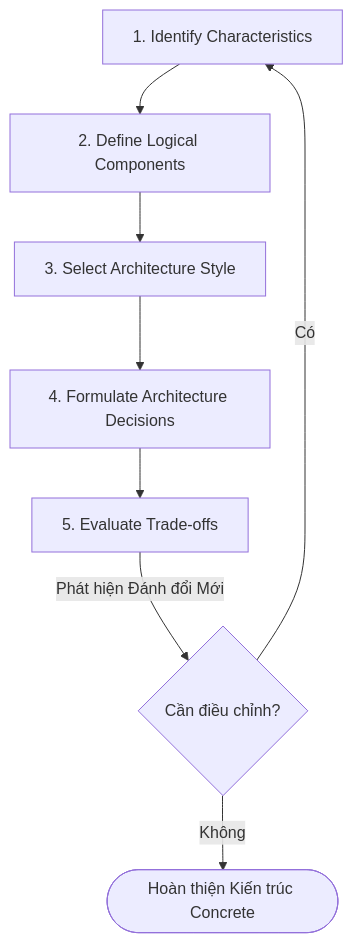
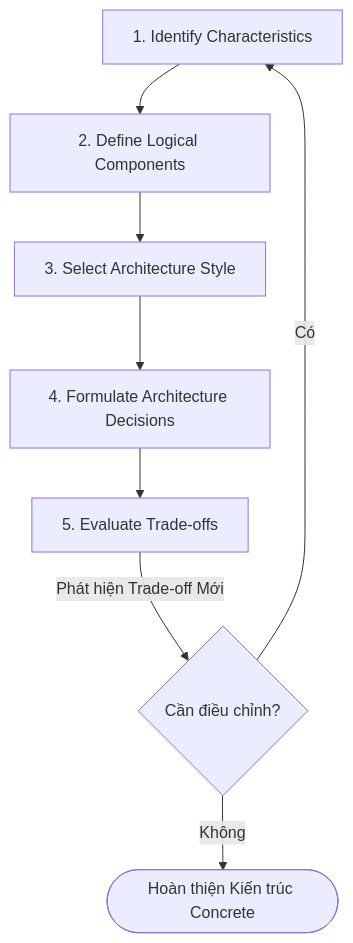
The eighth of 8 diagrams in release/software_architecture/00_fundamental/02_four_dimensions.md (MaiTheHao/docs), drawn with Mermaid before and after one commit. The commit also changed other lines of this file and 4 other files, not shown here.

````diff
--- a/release/software_architecture/00_fundamental/02_four_dimensions.md
+++ b/release/software_architecture/00_fundamental/02_four_dimensions.md
@@ -176,14 +174,14 @@
 ```mermaid
 graph TD
     accTitle: Quy trình Suy luận và Đánh giá Kiến trúc Vòng lặp
     accDescr: Sơ đồ luồng từ Characteristics qua Components, Style, Decisions và đánh giá Trade-offs
 
     step1["1. Identify Characteristics"] --> step2["2. Define Logical Components"]
     step2 --> step3["3. Select Architecture Style"]
     step3 --> step4["4. Formulate Architecture Decisions"]
     step4 --> step5["5. Evaluate Trade-offs"]
 
-    step5 -- "Phát hiện Đánh đổi Mới" --> step6{"Cần điều chỉnh?"}
-    step6 -- "Có" --> step1
-    step6 -- "Không" --> stepDone(["Hoàn thiện Kiến trúc Concrete"])
+    step5 -->|"Phát hiện Trade-off Mới"| step6{"Cần điều chỉnh?"}
+    step6 -->|"Có"| step1
+    step6 -->|"Không"| stepDone(["Hoàn thiện Kiến trúc Concrete"])
 ```
````
